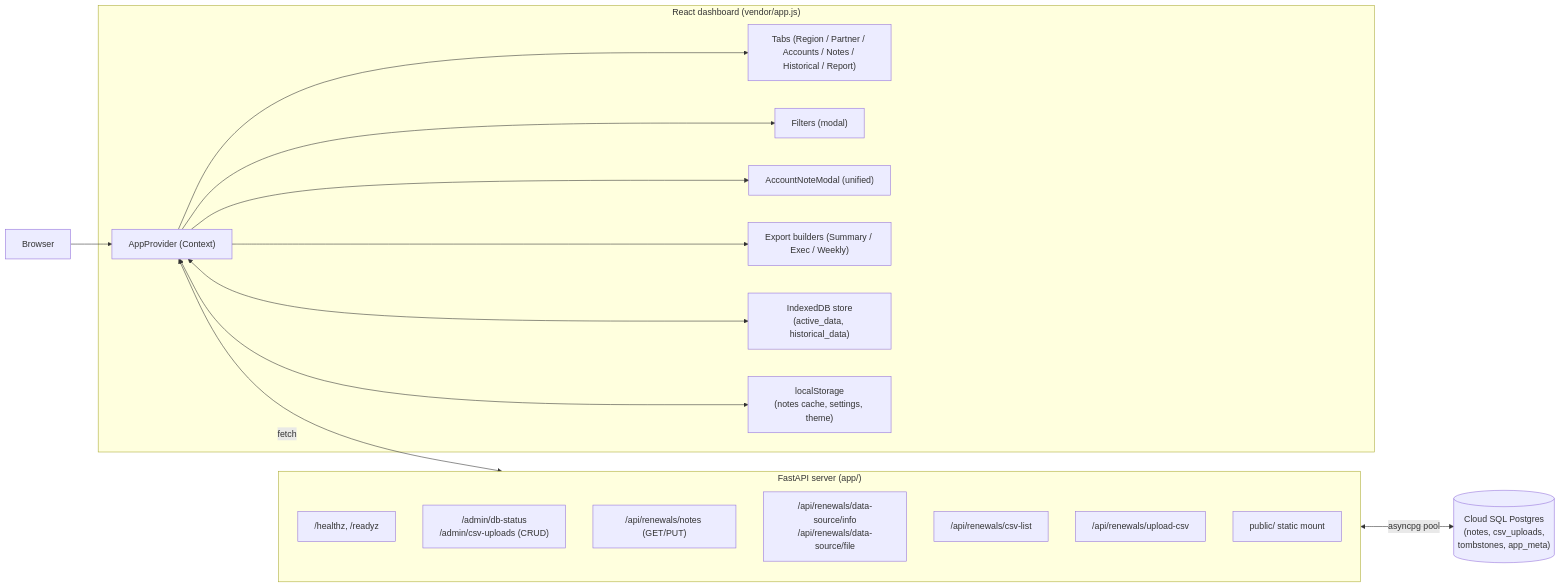
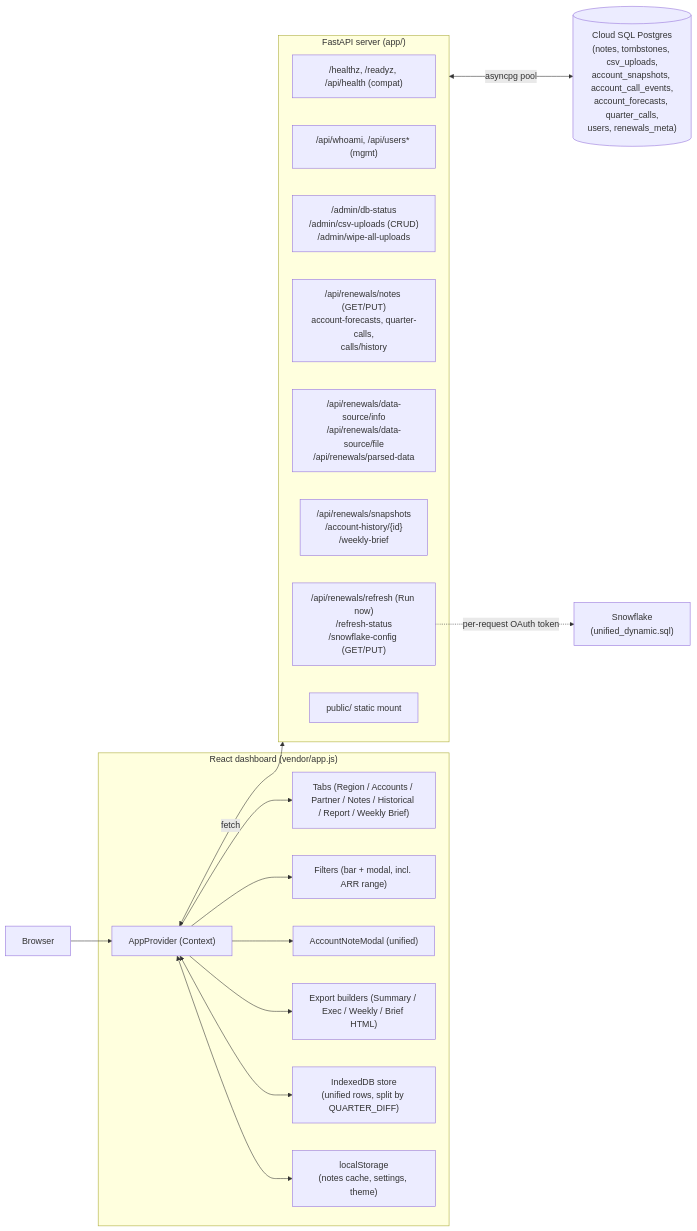
Before and after one commit to bryanrossello-collab/github_cx: the second of 9 diagrams in CAPABILITIES.md, drawn with Mermaid. The commit also changed other lines of this file and 10 other files, not shown here.

First line of the commit message:
Region ATR filter/de-dup fix, ingest double-insert guard, timestamped Run-now, and user activity tracking

````diff
--- a/CAPABILITIES.md
+++ b/CAPABILITIES.md
@@ -117,33 +127,37 @@
 ```mermaid
 flowchart LR
     subgraph Frontend["React dashboard (vendor/app.js)"]
         AppProvider["AppProvider (Context)"]
-        Tabs["Tabs (Region / Partner / Accounts / Notes / Historical / Report)"]
-        Filters["Filters (modal)"]
+        Tabs["Tabs (Region / Accounts / Partner / Notes / Historical / Report / Weekly Brief)"]
+        Filters["Filters (bar + modal, incl. ARR range)"]
         Modal["AccountNoteModal (unified)"]
-        Exports["Export builders (Summary / Exec / Weekly)"]
-        IDB["IndexedDB store<br/>(active_data, historical_data)"]
+        Exports["Export builders (Summary / Exec / Weekly / Brief HTML)"]
+        IDB["IndexedDB store<br/>(unified rows, split by QUARTER_DIFF)"]
         LS["localStorage<br/>(notes cache, settings, theme)"]
     end
 
     subgraph Backend["FastAPI server (app/)"]
-        Health["/healthz, /readyz"]
-        AdminAPI["/admin/db-status<br/>/admin/csv-uploads (CRUD)"]
-        NotesAPI["/api/renewals/notes (GET/PUT)"]
-        DataSource["/api/renewals/data-source/info<br/>/api/renewals/data-source/file"]
-        CSVList["/api/renewals/csv-list"]
-        Upload["/api/renewals/upload-csv"]
+        Health["/healthz, /readyz, /api/health (compat)"]
+        Auth["/api/whoami, /api/users* (mgmt)"]
+        AdminAPI["/admin/db-status<br/>/admin/csv-uploads (CRUD)<br/>/admin/wipe-all-uploads"]
+        NotesAPI["/api/renewals/notes (GET/PUT)<br/>account-forecasts, quarter-calls,<br/>calls/history"]
+        DataSource["/api/renewals/data-source/info<br/>/api/renewals/data-source/file<br/>/api/renewals/parsed-data"]
+        Snap["/api/renewals/snapshots<br/>/account-history/{id}<br/>/weekly-brief"]
+        Refresh["/api/renewals/refresh (Run now)<br/>/refresh-status<br/>/snowflake-config (GET/PUT)"]
         StaticMount["public/ static mount"]
     end
+
+    SF["Snowflake<br/>(unified_dynamic.sql)"]
 
     Browser["Browser"] --> AppProvider
     AppProvider --> Tabs
     AppProvider --> Filters
     AppProvider --> Modal
     AppProvider --> Exports
     AppProvider <--> IDB
     AppProvider <--> LS
     AppProvider <-->|fetch| Backend
 
-    Backend <-->|asyncpg pool| PG[("Cloud SQL Postgres<br/>(notes, csv_uploads,<br/>tombstones, app_meta)")]
+    Refresh -.->|per-request OAuth token| SF
+    Backend <-->|asyncpg pool| PG[("Cloud SQL Postgres<br/>(notes, tombstones, csv_uploads,<br/>account_snapshots, account_call_events,<br/>account_forecasts, quarter_calls,<br/>users, renewals_meta)")]
 ```
````
